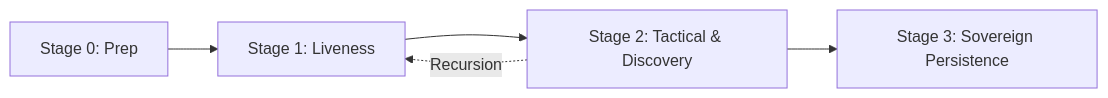
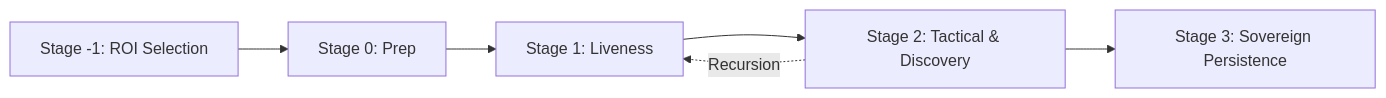
The diagram in redteam_rust_core/DOCS/engine_core.md (kripiman/OsintUltimate), drawn with Mermaid before and after one commit. The commit also changed other lines of this file and 62 other files, not shown here.

````diff
--- a/redteam_rust_core/DOCS/engine_core.md
+++ b/redteam_rust_core/DOCS/engine_core.md
@@ -11,8 +11,9 @@
 ```mermaid
 graph LR
-    E0[Stage 0: Prep] --> E1[Stage 1: Liveness]
+    E_minus_1[Stage -1: ROI Selection] --> E0[Stage 0: Prep]
+    E0 --> E1[Stage 1: Liveness]
     E1 --> E2[Stage 2: Tactical & Discovery]
     E2 --> E3[Stage 3: Sovereign Persistence]
   
     E2 -.->|Recursion| E1
 ```
````
